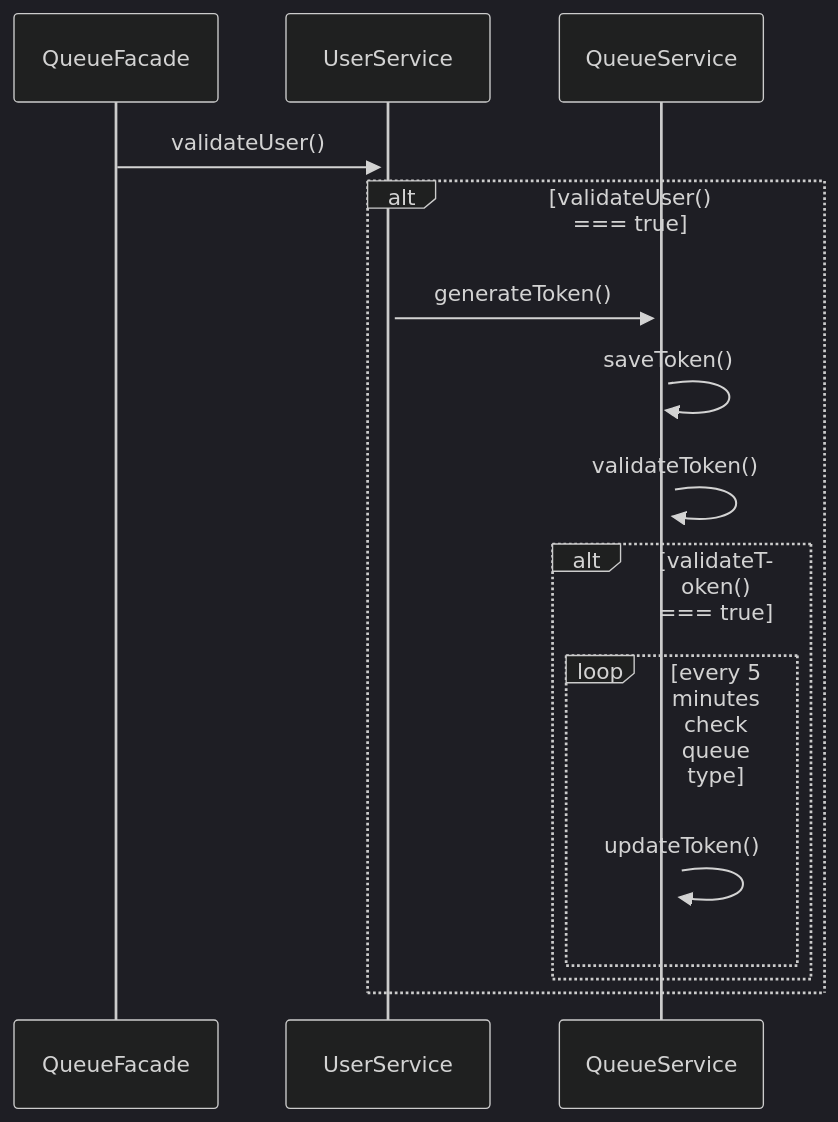
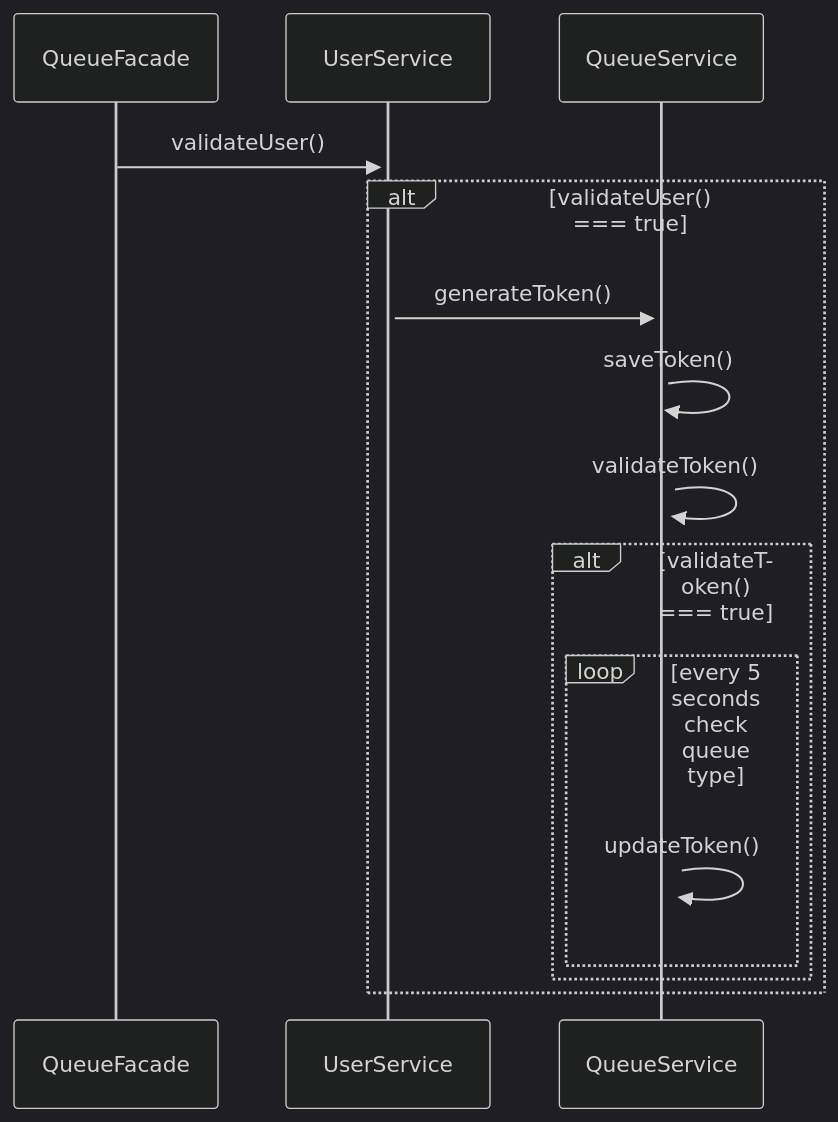
The diagram in docs/QueueFacade.mermaid (dohee789/concert-reservation), drawn with Mermaid (dark theme) before and after one commit. The commit also changed 2 other files, not shown here.

Commit message:
:memo: ERD, ClassDiagram 수정

```diff
--- a/docs/QueueFacade.mermaid
+++ b/docs/QueueFacade.mermaid
@@ -1,16 +1,16 @@
 sequenceDiagram
     participant QueueFacade as QueueFacade
     participant UserService as UserService
     participant QueueService as QueueService
 
     QueueFacade->>+UserService: validateUser()
     alt validateUser() === true
         UserService->>+QueueService: generateToken()
         QueueService->>+QueueService: saveToken()
         QueueService->>+QueueService: validateToken()
         alt validateToken() === true
-            loop every 5 minutes check queue type
+            loop every 5 seconds check queue type
                 QueueService->>+QueueService: updateToken()
             end
         end
     end
```
